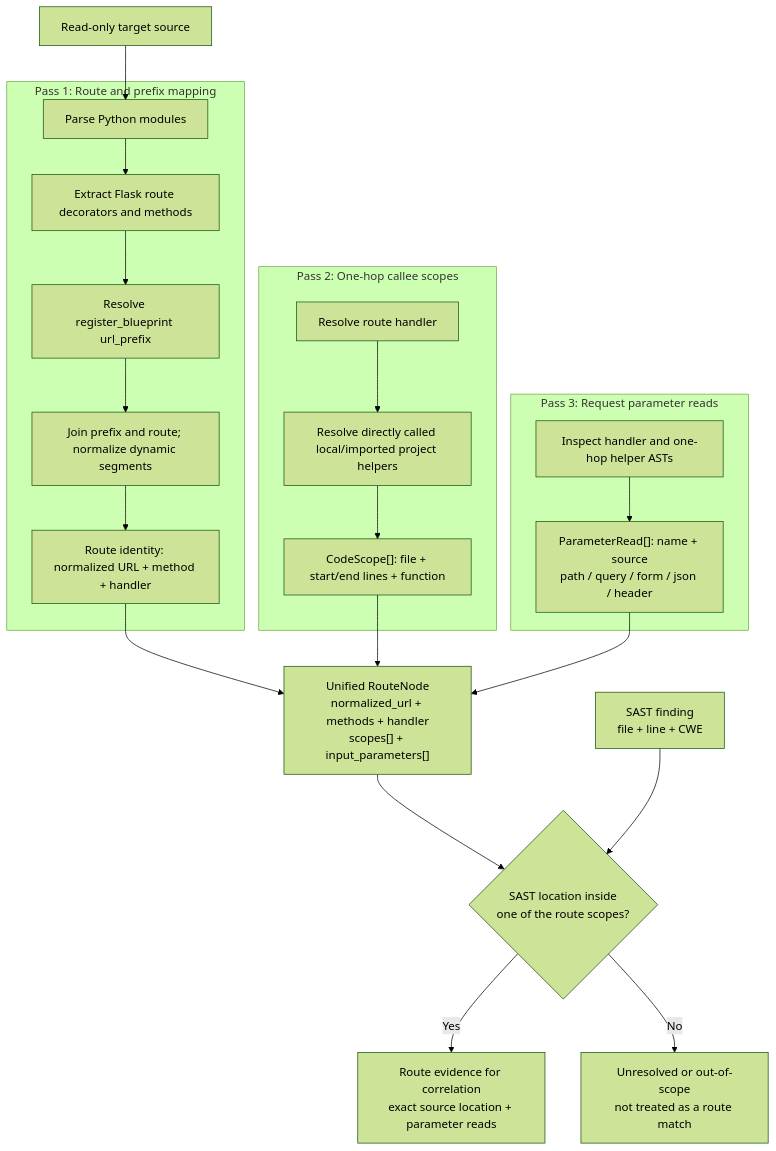
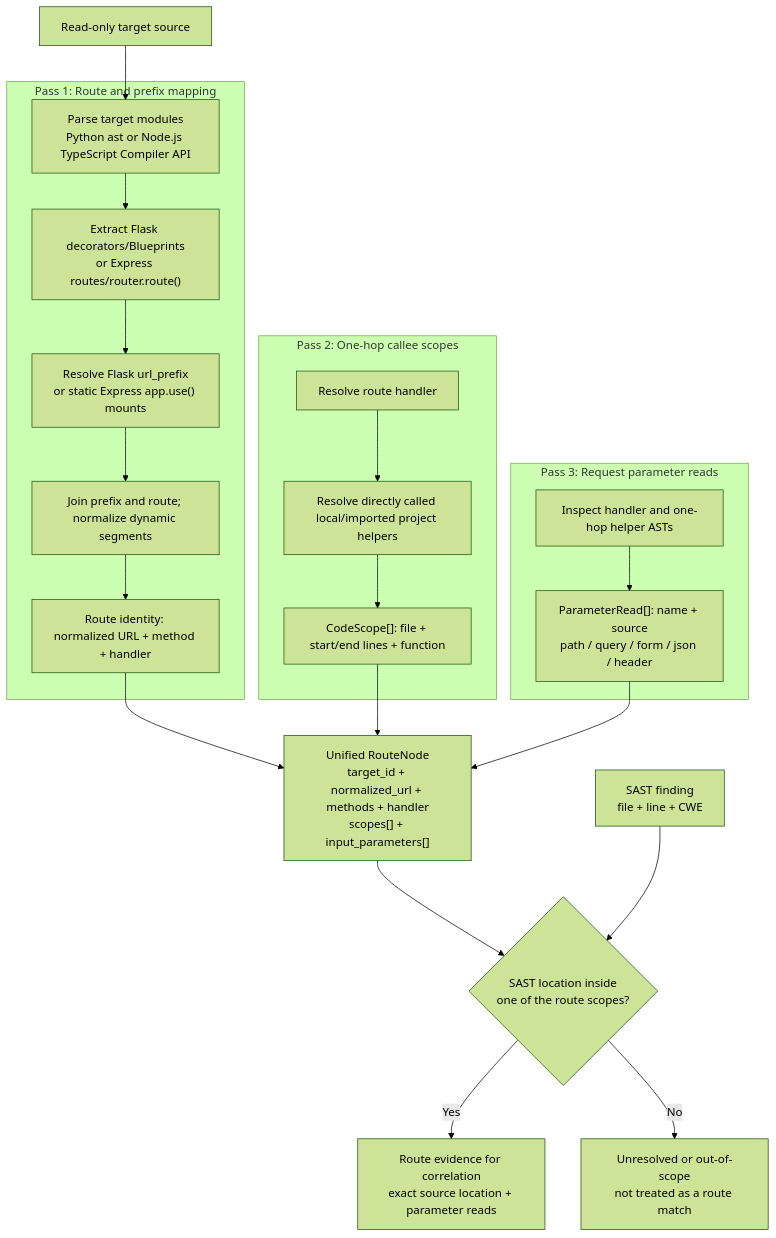
One commit to Halcyora/mitigata changed the eighth of 25 diagrams in docs/P06-Architecture.md. Above: the diagram before and after it, drawn with Mermaid (forest theme). The commit also changed other lines of this file and 2 other files, not shown here.

First line of the commit message:
Enhance correlation engine documentation with target_id requirements and clarify merging logic

````diff
--- a/docs/P06-Architecture.md
+++ b/docs/P06-Architecture.md
@@ -280,41 +284,41 @@
 ```mermaid
 flowchart TD
     SRC["Read-only target source"]
 
     subgraph P1["Pass 1: Route and prefix mapping"]
-        PARSE["Parse Python modules"]
-        DECL["Extract Flask route decorators and methods"]
-        PREFIX["Resolve register_blueprint url_prefix"]
+        PARSE["Parse target modules\nPython ast or Node.js TypeScript Compiler API"]
+        DECL["Extract Flask decorators/Blueprints\nor Express routes/router.route()"]
+        PREFIX["Resolve Flask url_prefix\nor static Express app.use() mounts"]
         NORMAL["Join prefix and route; normalize dynamic segments"]
         R1["Route identity: normalized URL + method + handler"]
         PARSE --> DECL --> PREFIX --> NORMAL --> R1
     end
 
     subgraph P2["Pass 2: One-hop callee scopes"]
         HANDLER["Resolve route handler"]
         CALLEE["Resolve directly called local/imported project helpers"]
         SCOPES["CodeScope[]: file + start/end lines + function"]
         HANDLER --> CALLEE --> SCOPES
     end
 
     subgraph P3["Pass 3: Request parameter reads"]
         READ["Inspect handler and one-hop helper ASTs"]
         PARAMS["ParameterRead[]: name + source\npath / query / form / json / header"]
         READ --> PARAMS
     end
 
-    NODE["Unified RouteNode\nnormalized_url + methods + handler\nscopes[] + input_parameters[]"]
+    NODE["Unified RouteNode\ntarget_id + normalized_url + methods + handler\nscopes[] + input_parameters[]"]
     SAST["SAST finding\nfile + line + CWE"]
     SCOPE_MATCH{"SAST location inside\none of the route scopes?"}
     OUT["Route evidence for correlation\nexact source location + parameter reads"]
     UNMATCHED["Unresolved or out-of-scope\nnot treated as a route match"]
 
     SRC --> PARSE
     R1 --> NODE
     SCOPES --> NODE
     PARAMS --> NODE
     NODE --> SCOPE_MATCH
     SAST --> SCOPE_MATCH
     SCOPE_MATCH -->|Yes| OUT
     SCOPE_MATCH -->|No| UNMATCHED
 ```
````
